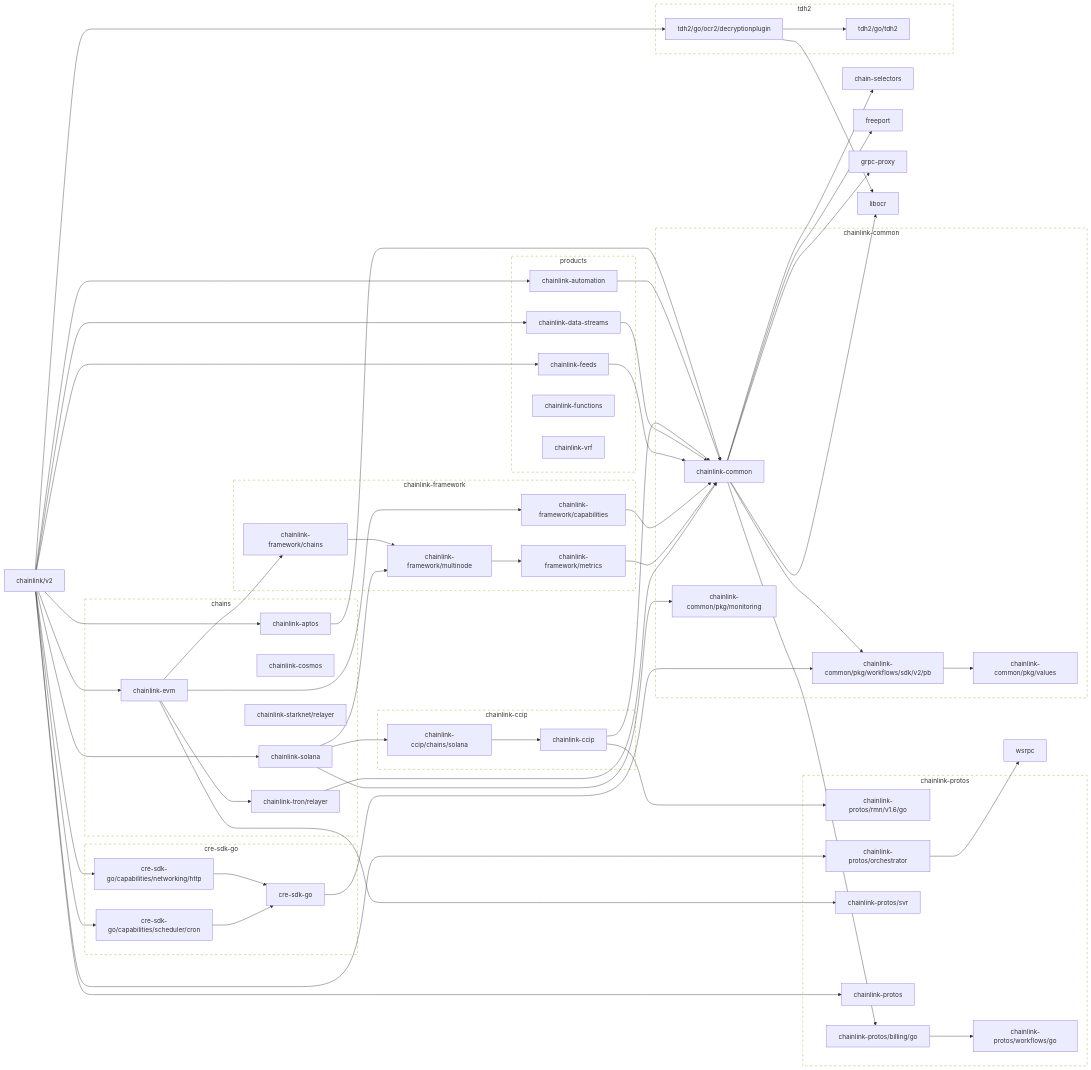
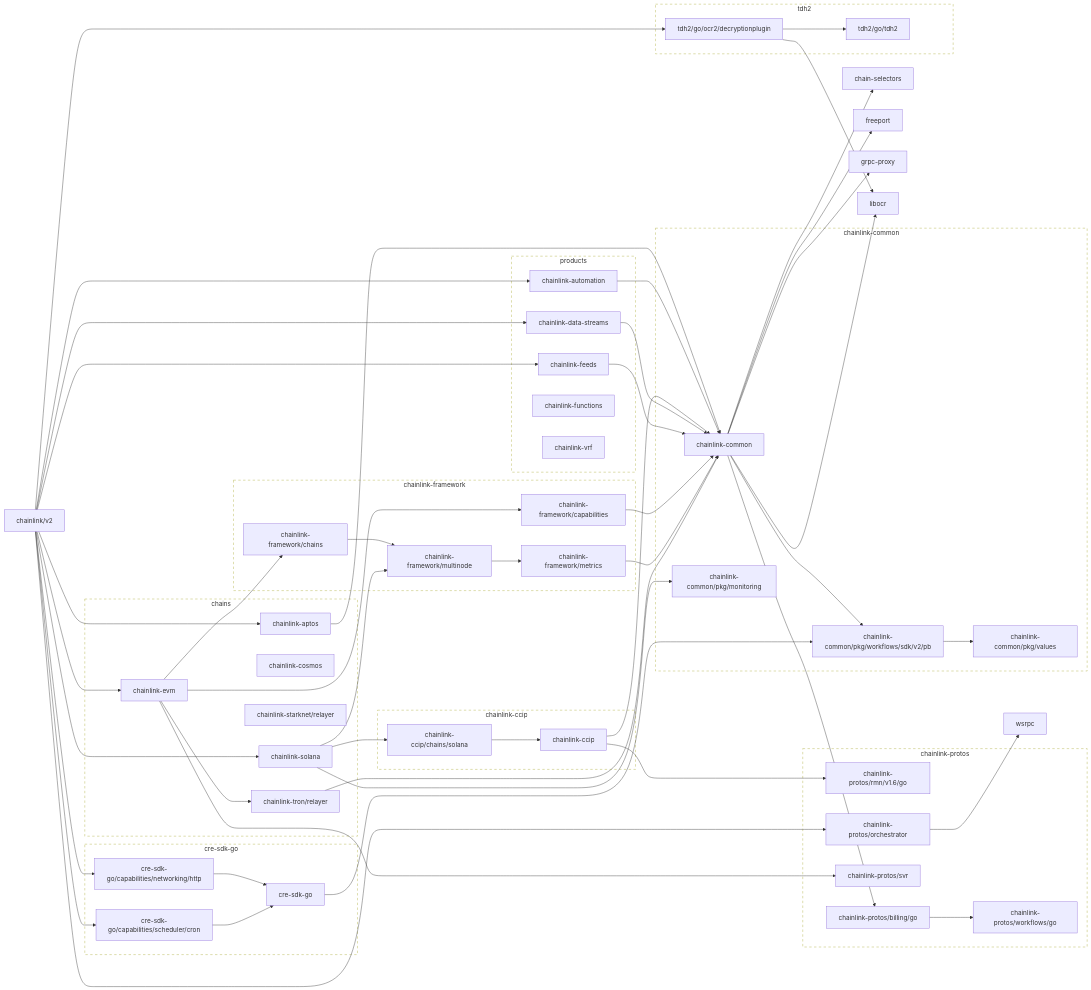
Before and after one commit to smartcontractkit/chainlink: the first of 2 diagrams in go.md, drawn with Mermaid. The commit also changed other lines of this file and 2 other files, not shown here.

Commit message:
make generate; make gomodtidy

```diff
--- a/go.md
+++ b/go.md
@@ -63,8 +63,6 @@
 	click chainlink-framework/metrics href "https://github.com/smartcontractkit/chainlink-framework"
 	chainlink-framework/multinode --> chainlink-framework/metrics
 	click chainlink-framework/multinode href "https://github.com/smartcontractkit/chainlink-framework"
-	chainlink-protos
-	click chainlink-protos href "https://github.com/smartcontractkit/chainlink-protos"
 	chainlink-protos/billing/go --> chainlink-protos/workflows/go
 	click chainlink-protos/billing/go href "https://github.com/smartcontractkit/chainlink-protos"
 	chainlink-protos/orchestrator --> wsrpc
@@ -86,7 +84,6 @@
 	chainlink/v2 --> chainlink-data-streams
 	chainlink/v2 --> chainlink-evm
 	chainlink/v2 --> chainlink-feeds
-	chainlink/v2 --> chainlink-protos
 	chainlink/v2 --> chainlink-protos/orchestrator
 	chainlink/v2 --> chainlink-solana
 	chainlink/v2 --> cre-sdk-go/capabilities/networking/http
@@ -136,7 +133,6 @@
 	click chainlink-framework-repo href "https://github.com/smartcontractkit/chainlink-framework"
 
 	subgraph chainlink-protos-repo[chainlink-protos]
-		 chainlink-protos
 		 chainlink-protos/billing/go
 		 chainlink-protos/orchestrator
 		 chainlink-protos/rmn/v1.6/go
```
